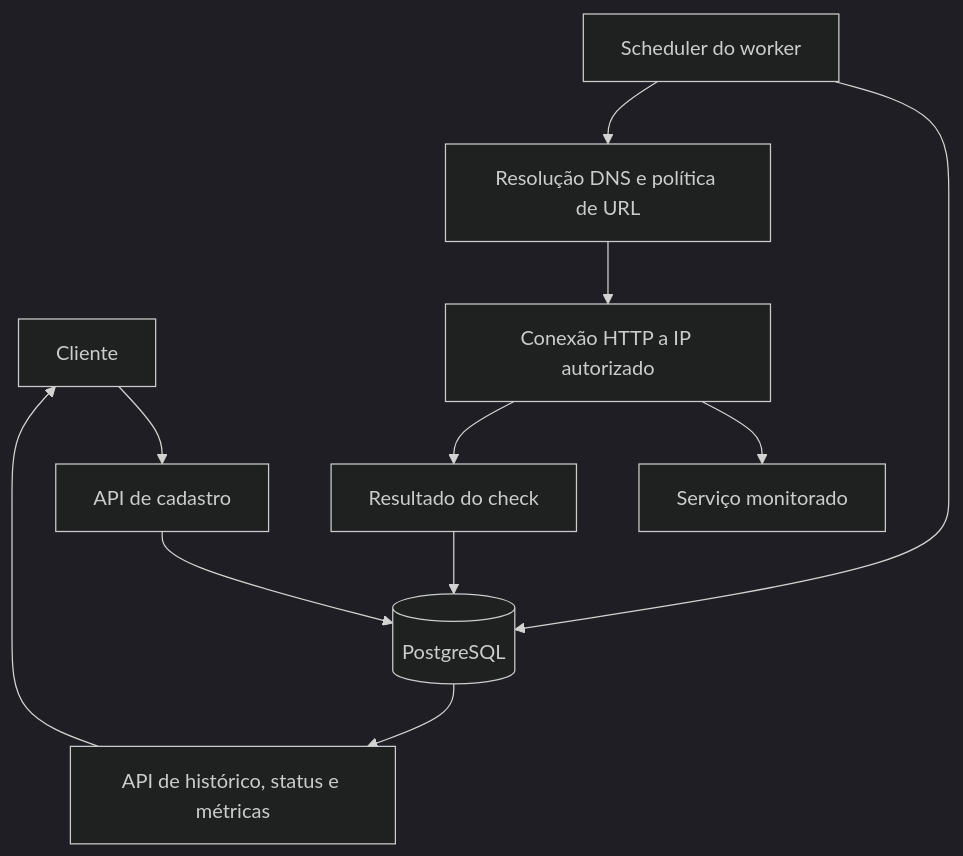
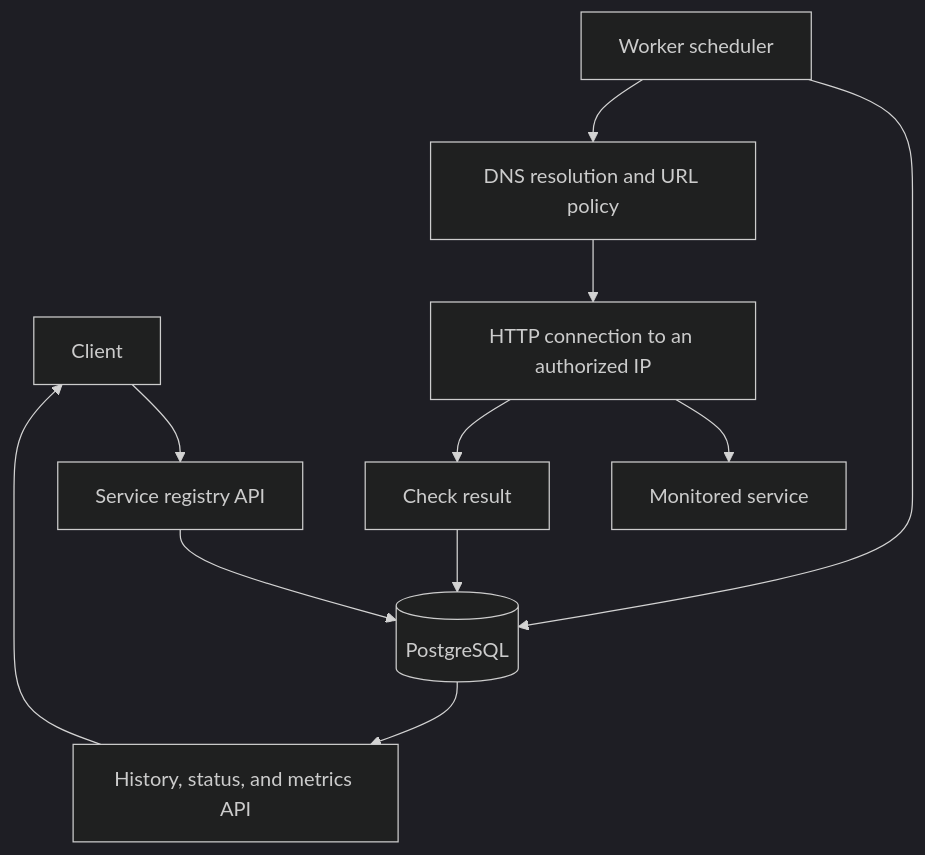
Before and after one commit to jacivaldocarvalho/jc-infrapulse: the second of 4 diagrams in docs/architecture.md, drawn with Mermaid (dark theme). The commit also changed other lines of this file and 31 other files, not shown here.

````diff
--- a/docs/architecture.md
+++ b/docs/architecture.md
@@ -35,13 +28,13 @@
 ```mermaid
 flowchart TD
-    Client[Cliente] --> Registry[API de cadastro]
+    Client[Client] --> Registry[Service registry API]
     Registry --> DB[(PostgreSQL)]
-    Scheduler[Scheduler do worker] --> DB
-    Scheduler --> Policy[Resolução DNS e política de URL]
-    Policy --> Transport[Conexão HTTP a IP autorizado]
-    Transport --> Target[Serviço monitorado]
-    Transport --> Results[Resultado do check]
+    Scheduler[Worker scheduler] --> DB
+    Scheduler --> Policy[DNS resolution and URL policy]
+    Policy --> Transport[HTTP connection to an authorized IP]
+    Transport --> Target[Monitored service]
+    Transport --> Results[Check result]
     Results --> DB
-    DB --> Monitoring[API de histórico, status e métricas]
+    DB --> Monitoring[History, status, and metrics API]
     Monitoring --> Client
 ```
````
